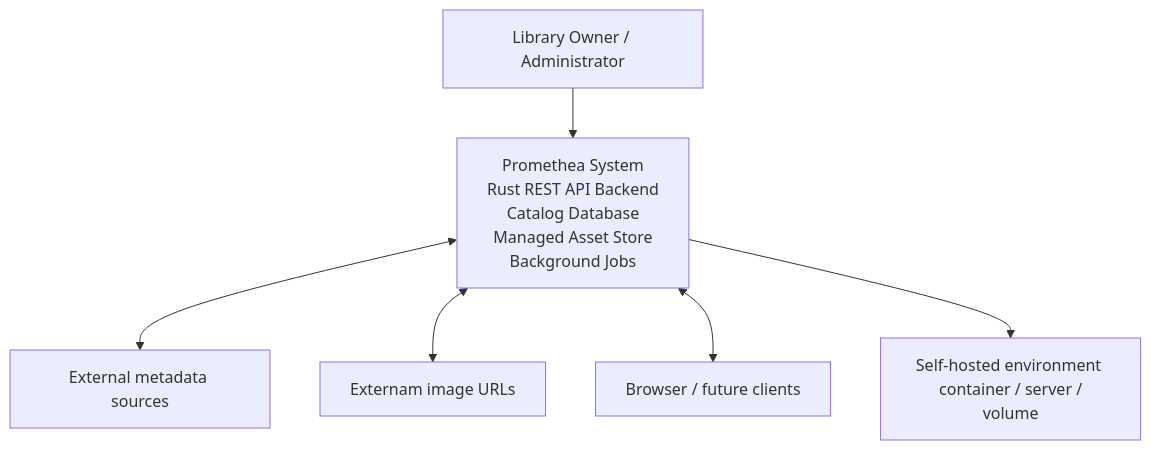
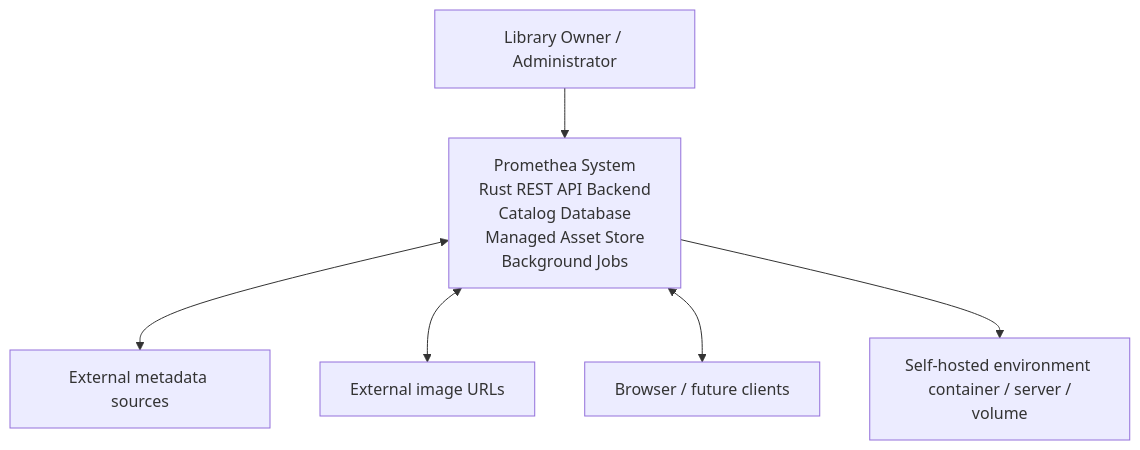
The diagram in docs/design/VIEW-001.md (praktikantonelli/promethea), drawn with Mermaid before and after one commit.

Commit message:
fix(SDD): fix typo in mermaid labels

````diff
--- a/docs/design/VIEW-001.md
+++ b/docs/design/VIEW-001.md
@@ -13,15 +13,15 @@
 ```mermaid
 flowchart TD
     A[Library Owner / Administrator]
     B[Promethea System \n Rust REST API Backend \n Catalog Database \n Managed Asset Store \n Background Jobs]
     C[External metadata sources]
-    D[Externam image URLs]
+    D[External image URLs]
     E[Browser / future clients]
     F[Self-hosted environment \n container / server / volume]
 
     A --> B
     B <--> C
     B <--> D
     B <--> E
     B --> F
 ```
````
